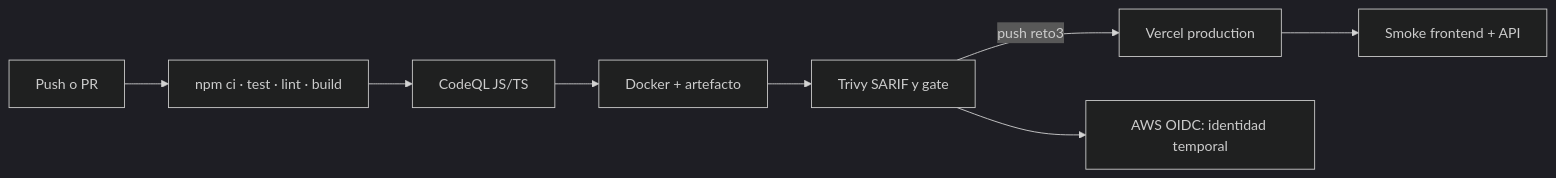
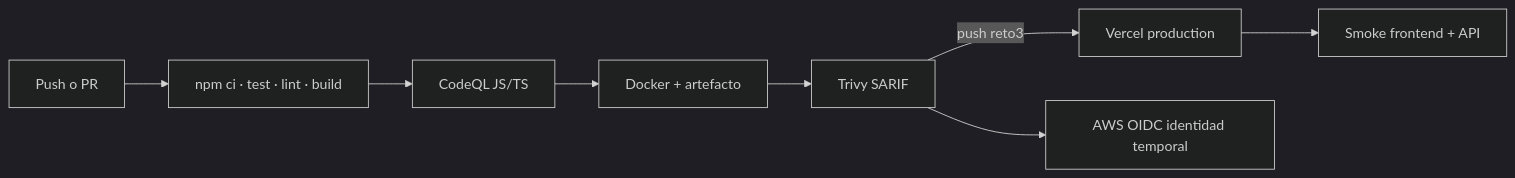
Before and after one commit to lisudea/technical-test-2026-2: diagram 13 of 14 in README.md, drawn with Mermaid (dark theme). The commit also changed other lines of this file and 17 other files, not shown here.

````diff
--- a/README.md
+++ b/README.md
@@ -318,10 +590,10 @@
 ```mermaid
 flowchart LR
   P[Push o PR] --> Q[npm ci · test · lint · build]
   Q --> C[CodeQL JS/TS]
   C --> D[Docker + artefacto]
-  D --> T[Trivy SARIF y gate]
+  D --> T[Trivy SARIF]
   T -->|push reto3| V[Vercel production]
   V --> S[Smoke frontend + API]
-  T --> O[AWS OIDC: identidad temporal]
+  T --> O[AWS OIDC identidad temporal]
 ```
````
